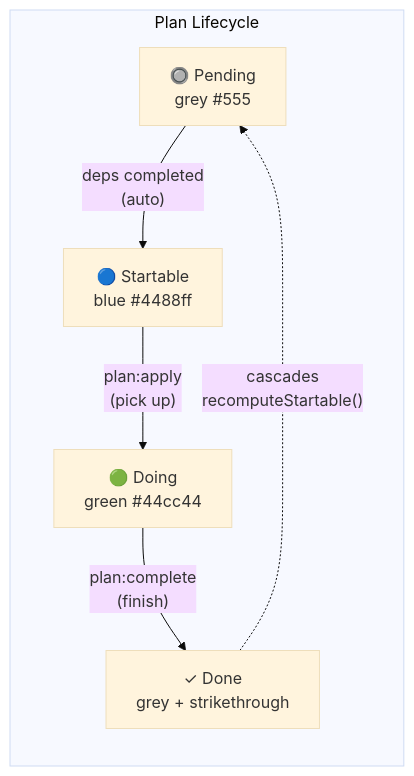
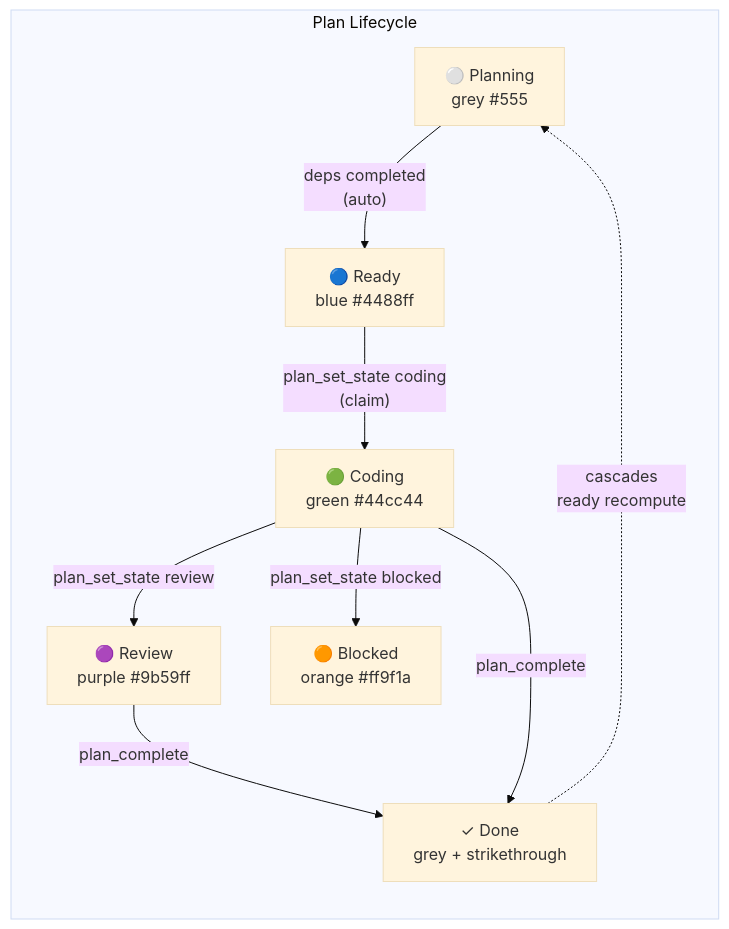
The first of 3 diagrams in docs/directory-plans.md (PetePeter/gamepad-cli-hub), drawn with Mermaid (base theme) before and after one commit. The commit also changed other lines of this file and 7 other files, not shown here.

````diff
--- a/docs/directory-plans.md
+++ b/docs/directory-plans.md
@@ -7,14 +7,19 @@
 ```mermaid
 graph LR
     subgraph "Plan Lifecycle"
-        P[🔘 Pending<br/>grey #555]
-        S[🔵 Startable<br/>blue #4488ff]
-        D[🟢 Doing<br/>green #44cc44]
+        P[⚪ Planning<br/>grey #555]
+        S[🔵 Ready<br/>blue #4488ff]
+        D[🟢 Coding<br/>green #44cc44]
+        R[🟣 Review<br/>purple #9b59ff]
+        B[🟠 Blocked<br/>orange #ff9f1a]
         DN[✓ Done<br/>grey + strikethrough]
     end
 
     P -->|"deps completed<br/>(auto)"| S
-    S -->|"plan:apply<br/>(pick up)"| D
-    D -->|"plan:complete<br/>(finish)"| DN
-    DN -.->|"cascades<br/>recomputeStartable()"| P
+    S -->|"plan_set_state coding<br/>(claim)"| D
+    D -->|"plan_set_state review"| R
+    D -->|"plan_set_state blocked"| B
+    R -->|"plan_complete"| DN
+    D -->|"plan_complete"| DN
+    DN -.->|"cascades<br/>ready recompute"| P
 ```
````
